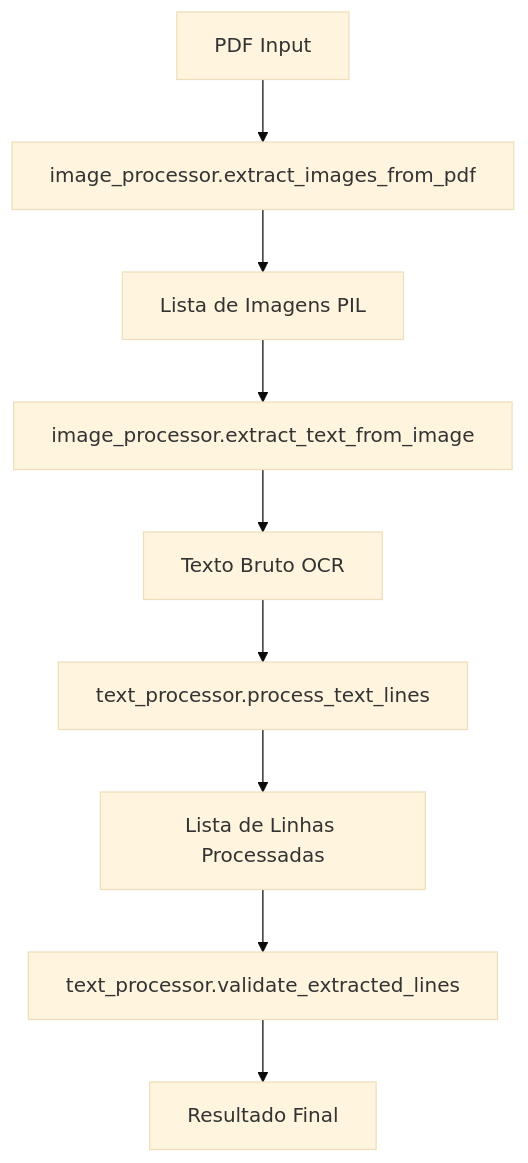
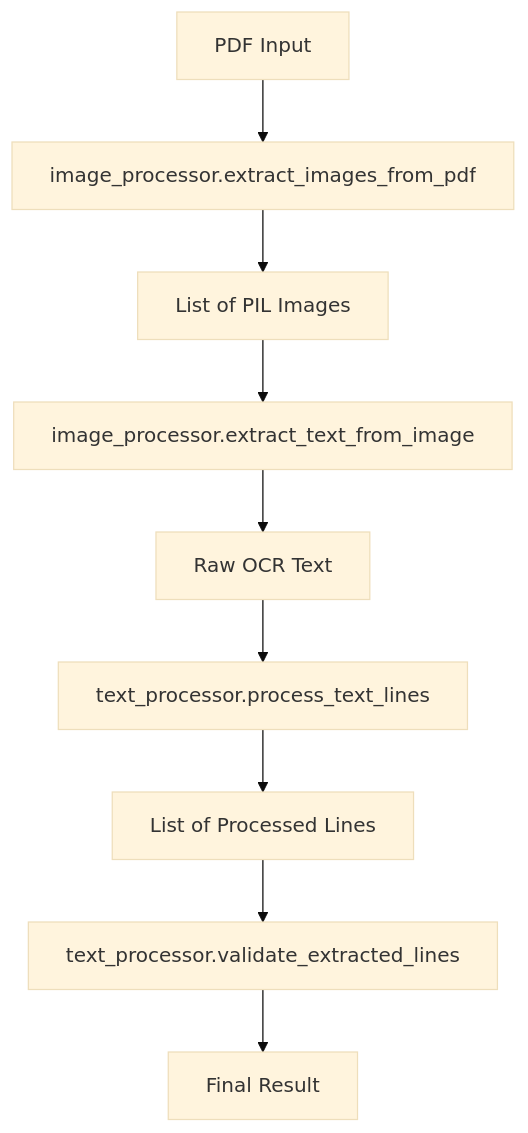
The diagram in docs/ARCHITECTURE.md (arthurbm/ocr-pdf-reader), drawn with Mermaid (base theme) before and after one commit. The commit also changed other lines of this file and 18 other files, not shown here.

````diff
--- a/docs/ARCHITECTURE.md
+++ b/docs/ARCHITECTURE.md
@@ -85,11 +85,11 @@
 ```mermaid
 graph TD
     A[PDF Input] --> B[image_processor.extract_images_from_pdf]
-    B --> C[Lista de Imagens PIL]
+    B --> C[List of PIL Images]
     C --> D[image_processor.extract_text_from_image]
-    D --> E[Texto Bruto OCR]
+    D --> E[Raw OCR Text]
     E --> F[text_processor.process_text_lines]
-    F --> G[Lista de Linhas Processadas]
+    F --> G[List of Processed Lines]
     G --> H[text_processor.validate_extracted_lines]
-    H --> I[Resultado Final]
+    H --> I[Final Result]
 ```
````
